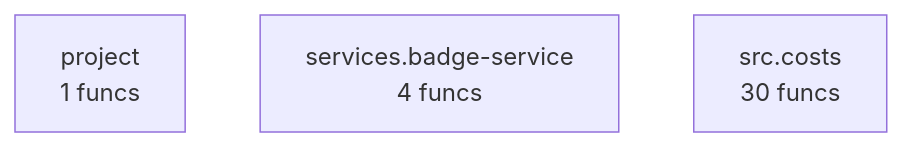
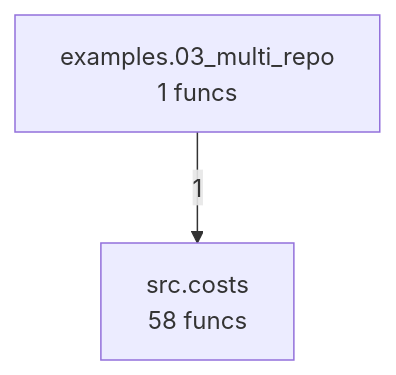
The diagram in project/compact_flow.mmd (semcod/costs), drawn with Mermaid before and after one commit. The commit also changed 14 other files, not shown here.

```diff
--- a/project/compact_flow.mmd
+++ b/project/compact_flow.mmd
@@ -1,4 +1,4 @@
 flowchart TD
-    project["project<br/>1 funcs"]
-    services__badge_service["services.badge-service<br/>4 funcs"]
-    src__costs["src.costs<br/>30 funcs"]
+    examples__03_multi_repo["examples.03_multi_repo<br/>1 funcs"]
+    src__costs["src.costs<br/>58 funcs"]
+    examples__03_multi_repo -->|1| src__costs
```
